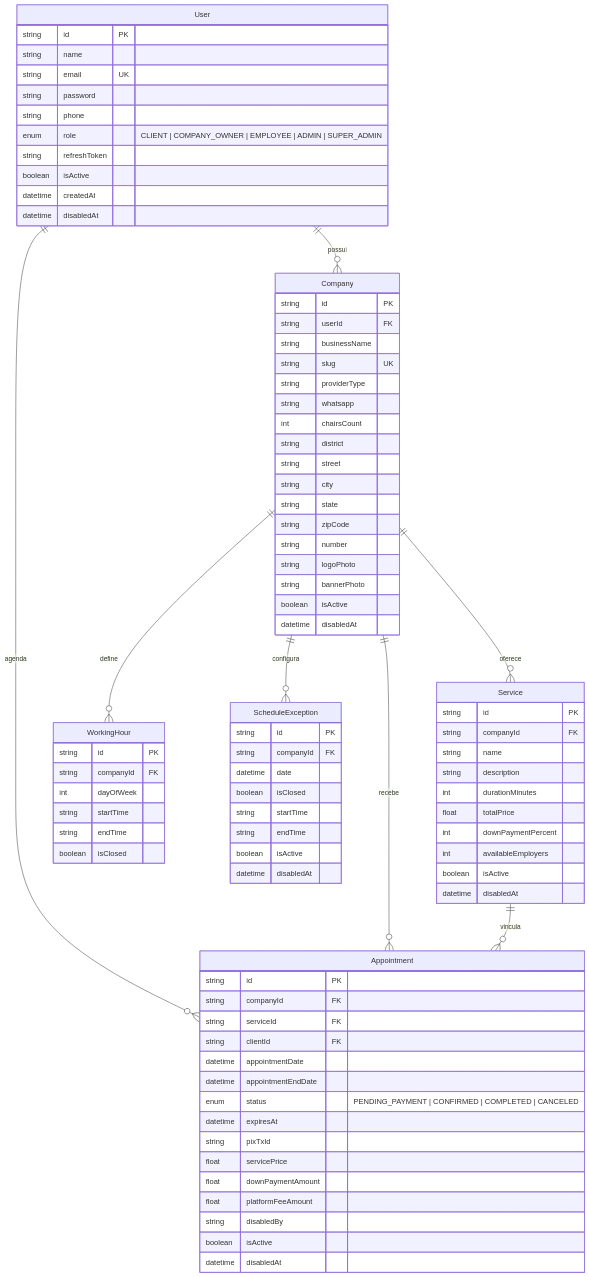
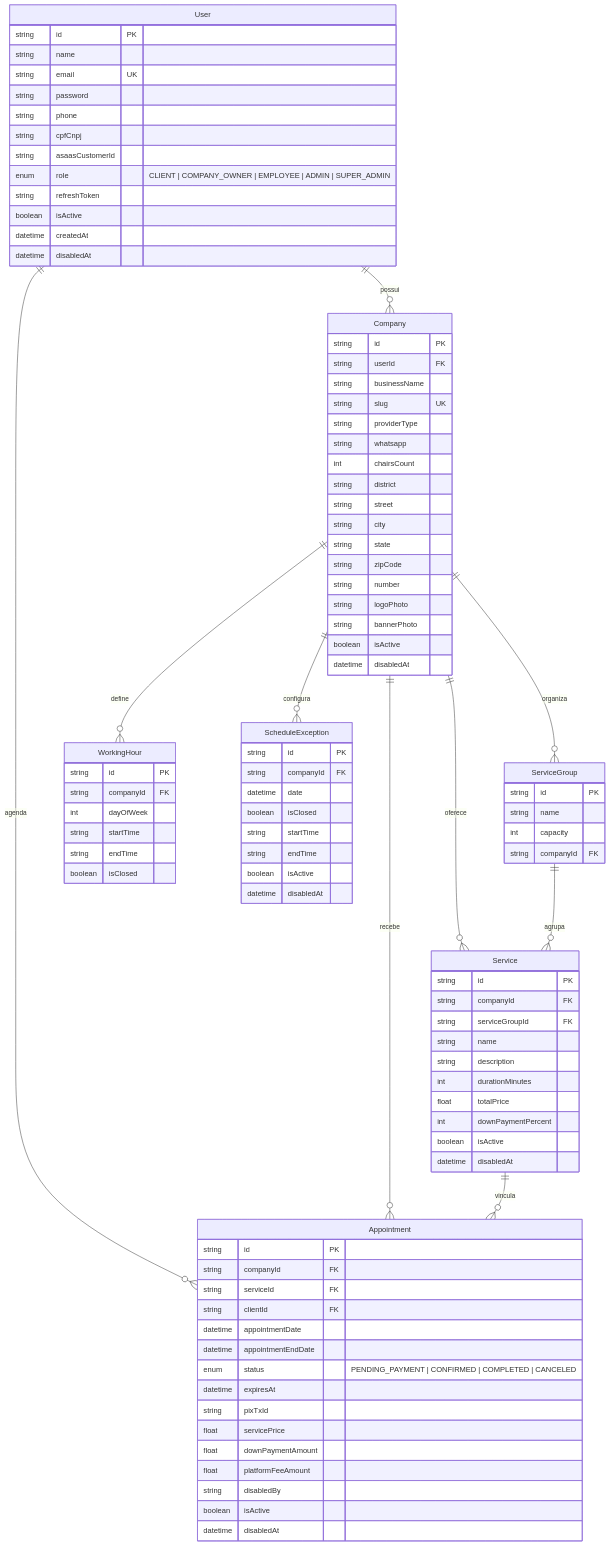
One commit to copperlamb78/api-sinalizego changed the diagram in README.md. Above: the diagram before and after it, drawn with Mermaid. The commit also changed other lines of this file, not shown here.

Commit message:
docs: atualizar README.md com modulo ServiceGroup, diagramas Mermaid e webhooks Asaas

```diff
--- a/README.md
+++ b/README.md
@@ -246,10 +272,12 @@
 erDiagram
     User ||--o{ Company : "possui"
     User ||--o{ Appointment : "agenda"
+    Company ||--o{ ServiceGroup : "organiza"
     Company ||--o{ Service : "oferece"
     Company ||--o{ Appointment : "recebe"
     Company ||--o{ WorkingHour : "define"
     Company ||--o{ ScheduleException : "configura"
+    ServiceGroup ||--o{ Service : "agrupa"
     Service ||--o{ Appointment : "vincula"
 
     User {
@@ -258,6 +286,8 @@
         string email UK
         string password
         string phone
+        string cpfCnpj
+        string asaasCustomerId
         enum role "CLIENT | COMPANY_OWNER | EMPLOYEE | ADMIN | SUPER_ADMIN"
         string refreshToken
         boolean isActive
@@ -285,15 +315,22 @@
         datetime disabledAt
     }
 
+    ServiceGroup {
+        string id PK
+        string name
+        int capacity
+        string companyId FK
+    }
+
     Service {
         string id PK
         string companyId FK
+        string serviceGroupId FK
         string name
         string description
         int durationMinutes
         float totalPrice
         int downPaymentPercent
-        int availableEmployers
         boolean isActive
         datetime disabledAt
     }
```
